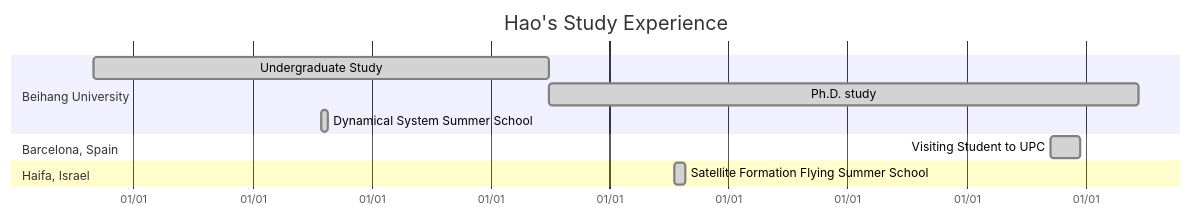
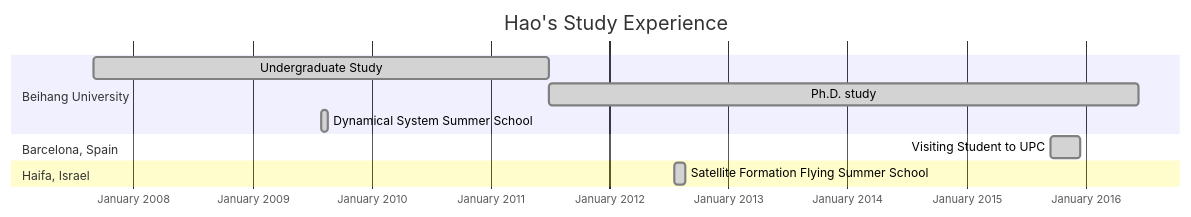
Before and after one commit to astroHaoPeng/SPACEofPHD: the diagram in source/cv/index.md, drawn with Mermaid.

```diff
--- a/source/cv/index.md
+++ b/source/cv/index.md
@@ -67,16 +67,16 @@
 {% mermaid gantt %}
 dateFormat  YYYY-MM-DD
-axisFormat  %d/%m
+axisFormat  %B %Y
 title Hao's Study Experience
 
 section Beihang University
 Undergraduate Study    : done,    des1, 2007-09-01, 2011-07-01
 Ph.D. study            : done,    des2, after des1, 2016-06-12
 Dynamical System Summer School : done, 2009-08-01, 2009-08-20
 
 section Barcelona, Spain
 Visiting Student to UPC : done, 2015-09-15, 2015-12-15
 
 section Haifa, Israel
 Satellite Formation Flying Summer School : done, 2012-07-20, 2012-08-20
 {% endmermaid %}
```
